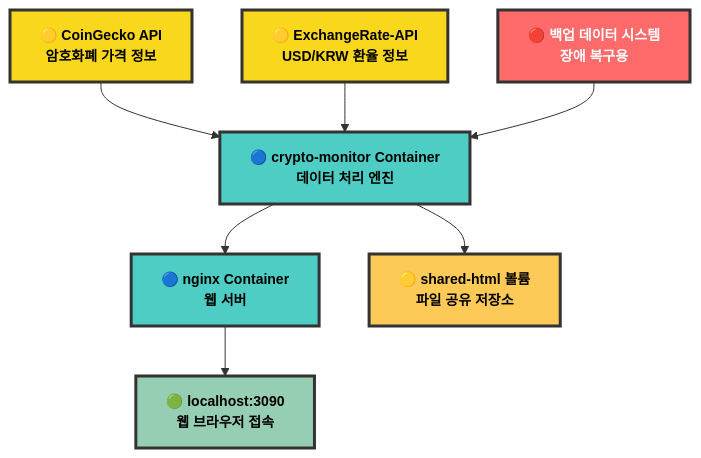
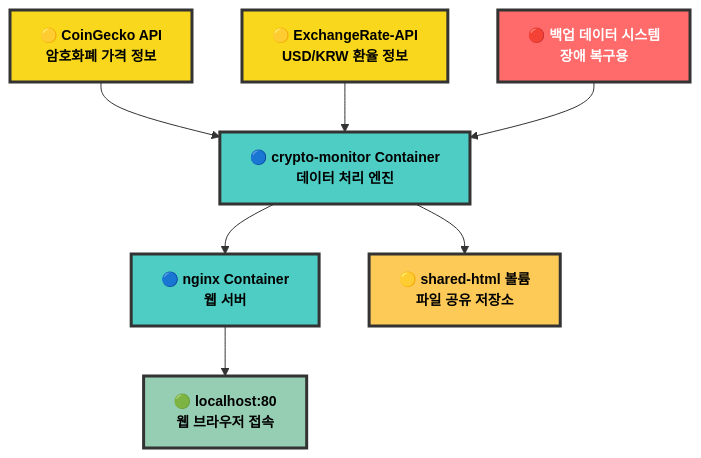
Before and after one commit to DongjuLee0528/realtime-crypto-dashboard: the first of 3 diagrams in README.md, drawn with Mermaid. The commit also changed other lines of this file, not shown here.

````diff
--- a/README.md
+++ b/README.md
@@ -26,23 +26,23 @@
 ```mermaid
 graph TD
     A["🟡 CoinGecko API<br/>암호화폐 가격 정보"] --> D["🔵 crypto-monitor Container<br/>데이터 처리 엔진"]
     B["🟡 ExchangeRate-API<br/>USD/KRW 환율 정보"] --> D
     C["🔴 백업 데이터 시스템<br/>장애 복구용"] --> D
     
     D --> E["🔵 nginx Container<br/>웹 서버"]
     D --> G["🟡 shared-html 볼륨<br/>파일 공유 저장소"]
     
-    E --> F["🟢 localhost:3090<br/>웹 브라우저 접속"]
+    E --> F["🟢 localhost:80<br/>웹 브라우저 접속"]
     
     classDef apiBox fill:#f9d71c,stroke:#333,stroke-width:3px,color:#000,font-size:14px,font-weight:bold
     classDef backupBox fill:#ff6b6b,stroke:#333,stroke-width:3px,color:#fff,font-size:14px,font-weight:bold
     classDef containerBox fill:#4ecdc4,stroke:#333,stroke-width:3px,color:#000,font-size:14px,font-weight:bold
     classDef webBox fill:#96ceb4,stroke:#333,stroke-width:3px,color:#000,font-size:14px,font-weight:bold
     classDef storageBox fill:#feca57,stroke:#333,stroke-width:3px,color:#000,font-size:14px,font-weight:bold
     
     class A,B apiBox
     class C backupBox
     class D,E containerBox
     class F webBox
     class G storageBox
 ```
````
